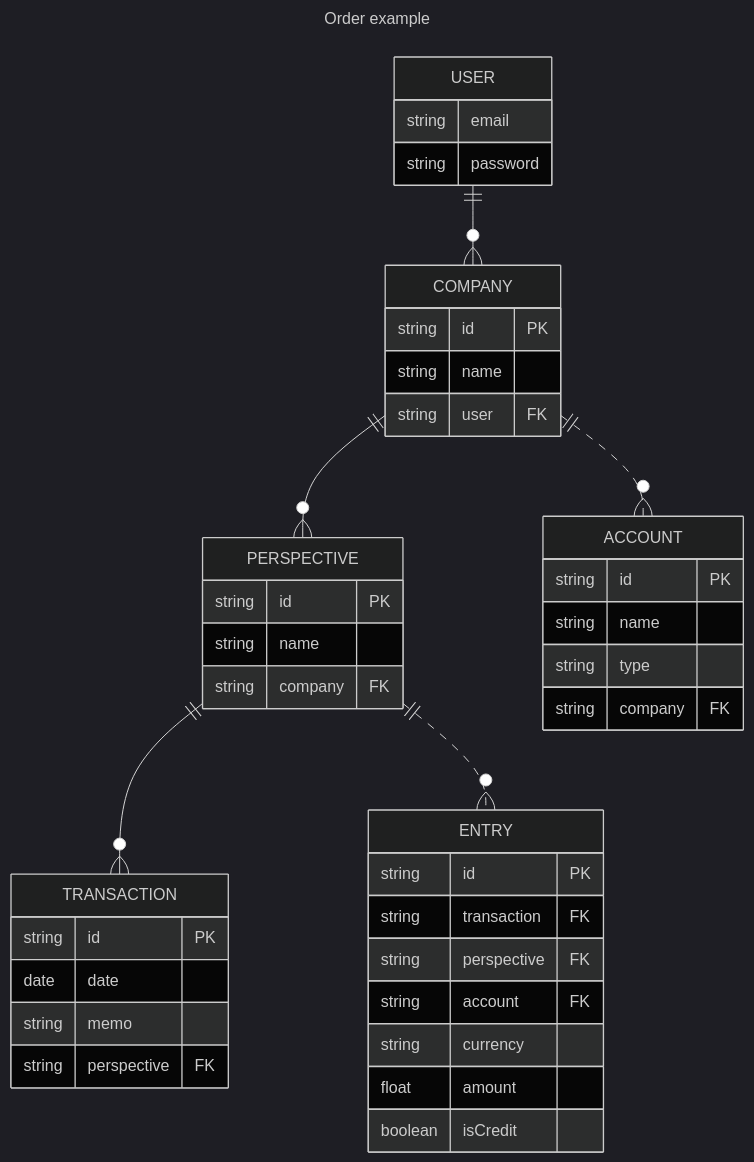
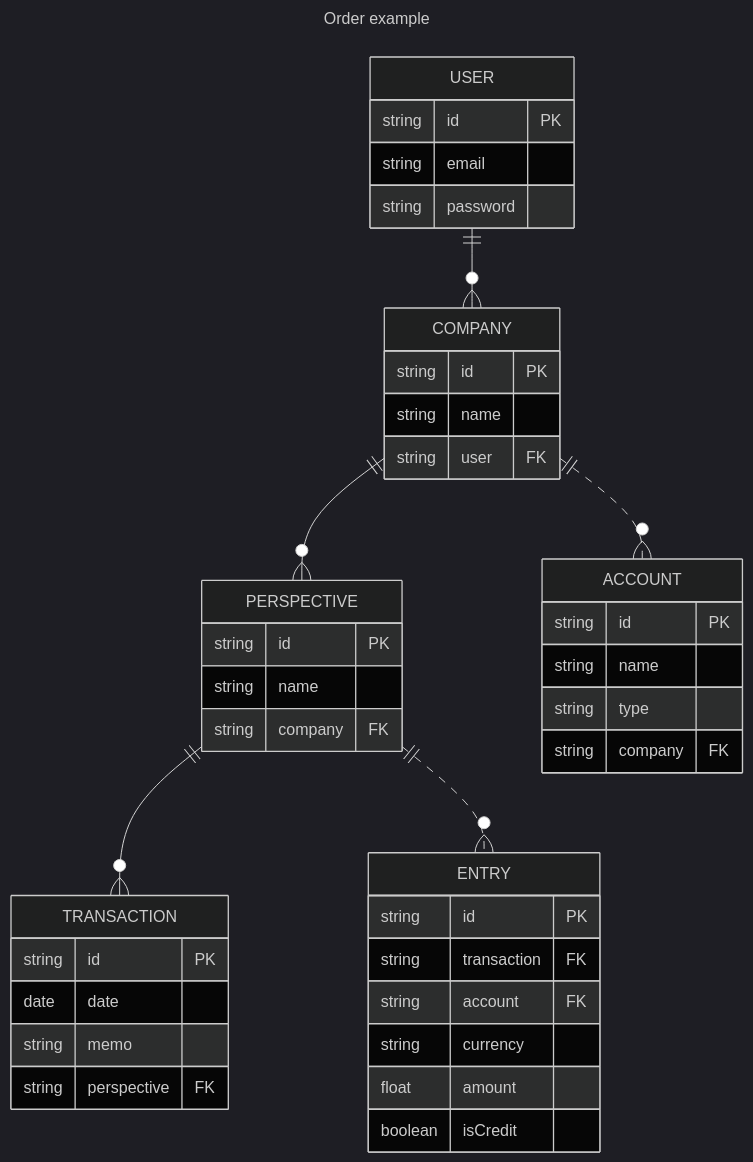
The diagram in erd.mmd (reduced-reptile/backend-eight-bit-bookkeeping), drawn with Mermaid (dark theme) before and after one commit. The commit also changed 9 other files, not shown here.

```diff
--- a/erd.mmd
+++ b/erd.mmd
@@ -1,54 +1,54 @@
 ---
 title: Order example
 ---
 erDiagram
     accTitle: The company's Entity Relationship Diagram
     accDescr {
-        A user has one or more companies 
+        A user has one or more companies
         A company has one or more perspectives
         A company also has a chart of accounts
         A perspective has one or more transactions
         A perspective has one or more entries
         A user has an email and password
         A company has an id, name, and userid
     }
     USER ||--o{ COMPANY : ""
     USER {
+        string id PK
         string email
         string password
     }
     COMPANY ||--o{ PERSPECTIVE : ""
     COMPANY {
         string id PK
         string name
         string user FK
     }
     COMPANY ||..o{ ACCOUNT : ""
     PERSPECTIVE ||--o{ TRANSACTION : ""
     PERSPECTIVE {
         string id PK
         string name
         string company FK
     }
     PERSPECTIVE ||..o{ ENTRY : ""
     ACCOUNT {
         string id PK
         string name
         string type
         string company FK
     }
     TRANSACTION {
         string id PK
         date date
         string memo
         string perspective FK
     }
     ENTRY {
         string id PK
         string transaction FK
-        string perspective FK
         string account FK
         string currency
         float amount
         boolean isCredit
     }
```
